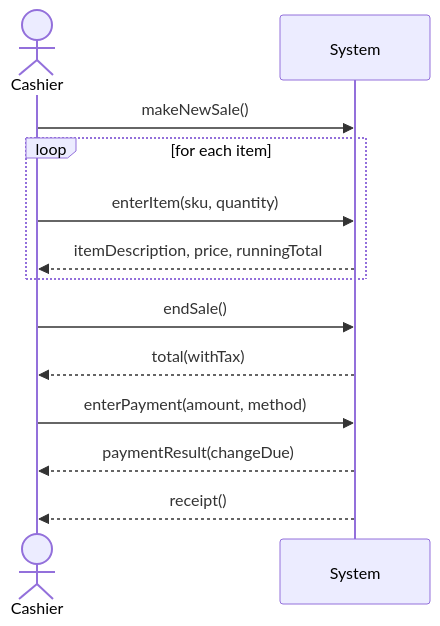
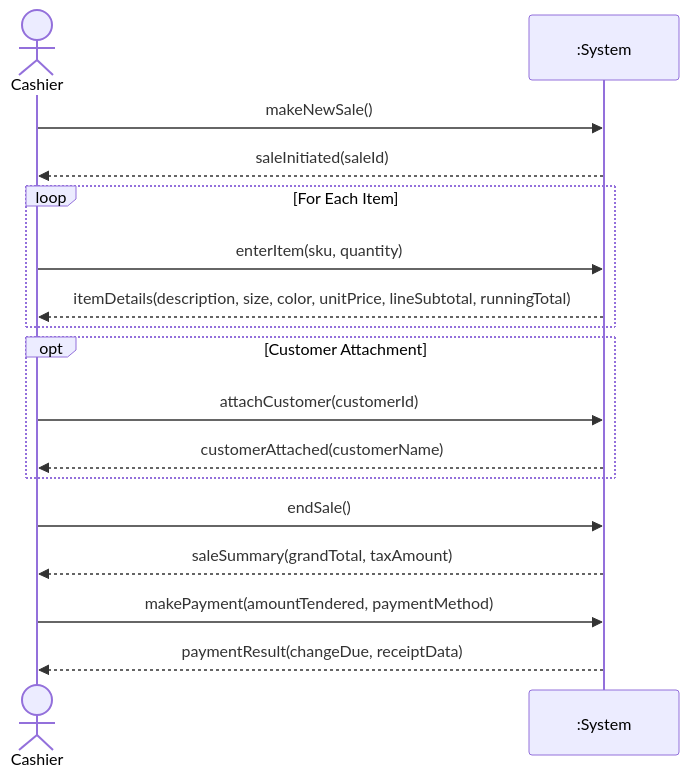
Before and after one commit to bwalya-star/POS-Retail-Clothing-Store: the second of 8 diagrams in docs/system_sequence_diagrams.md, drawn with Mermaid. The commit also changed other lines of this file and 15 other files, not shown here.

````diff
--- a/docs/system_sequence_diagrams.md
+++ b/docs/system_sequence_diagrams.md
@@ -24,16 +29,20 @@
 ```mermaid
 sequenceDiagram
     actor C as Cashier
-    participant S as System
+    participant S as :System
 
     C->>S: makeNewSale()
-    loop for each item
+    S-->>C: saleInitiated(saleId)
+    loop For Each Item
         C->>S: enterItem(sku, quantity)
-        S-->>C: itemDescription, price, runningTotal
+        S-->>C: itemDetails(description, size, color, unitPrice, lineSubtotal, runningTotal)
+    end
+    opt Customer Attachment
+        C->>S: attachCustomer(customerId)
+        S-->>C: customerAttached(customerName)
     end
     C->>S: endSale()
-    S-->>C: total(withTax)
-    C->>S: enterPayment(amount, method)
-    S-->>C: paymentResult(changeDue)
-    S-->>C: receipt()
+    S-->>C: saleSummary(grandTotal, taxAmount)
+    C->>S: makePayment(amountTendered, paymentMethod)
+    S-->>C: paymentResult(changeDue, receiptData)
 ```
````
